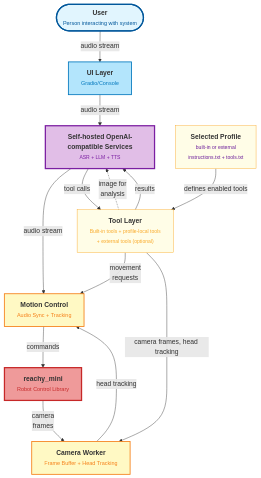
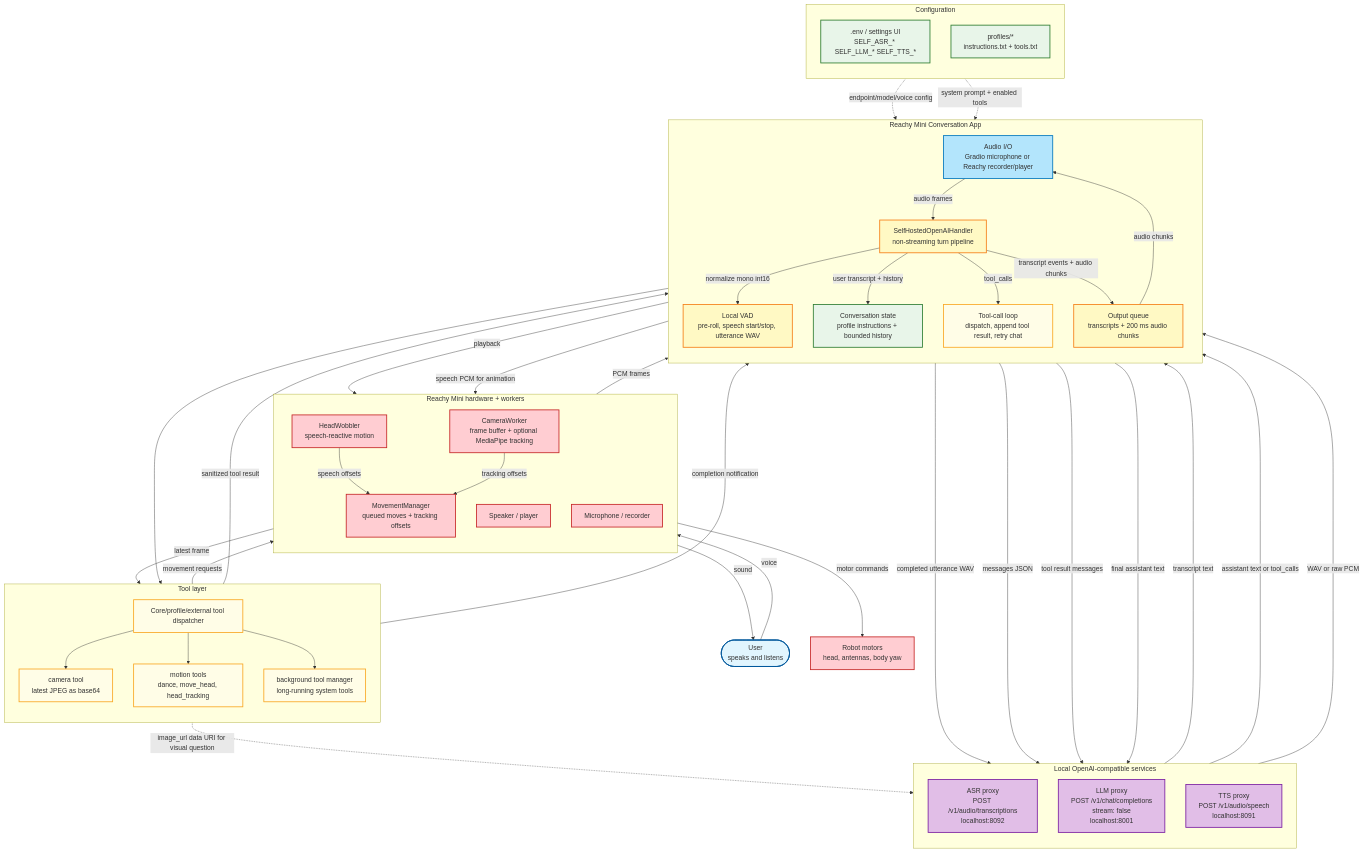
The diagram in docs/scheme.mmd (Xiuzhenpeng/reachy_mini_conversation_app), drawn with Mermaid before and after one commit. The commit also changed 15 other files, not shown here.

```diff
--- a/docs/scheme.mmd
+++ b/docs/scheme.mmd
@@ -1,57 +1,96 @@
 ---
 config:
   layout: dagre
   flowchart:
     htmlLabels: true
 ---
 flowchart TB
-    User(["<span style='font-size:16px;font-weight:bold;'>User</span><br><span style='font-size:13px;color:#01579b;'>Person interacting with system</span>"]) 
-      -- audio stream --> 
-    UI@{ label: "<span style='font-size:16px;font-weight:bold;'>UI Layer</span><br><span style='font-size:13px;color:#0277bd;'>Gradio/Console</span>" }
+    User(["User<br/>speaks and listens"]):::userStyle
 
-    UI -- audio stream --> 
-    Backend@{ label: "<span style='font-size:16px;font-weight:bold;'>Self-hosted OpenAI-compatible Services</span><br><span style='font-size:12px; color:#7b1fa2;'>ASR + LLM + TTS</span>" }
+    subgraph Runtime["Reachy Mini Conversation App"]
+        direction TB
 
-    Backend -- audio stream --> 
-    Motion@{ label: "<span style='font-size:16px;font-weight:bold;'>Motion Control</span><br><span style='font-size:13px;color:#f57f17;'>Audio Sync + Tracking</span>" }
-    
-    Backend -- tool calls --> 
-    Handlers@{ label: "<span style='font-size:16px;font-weight:bold;'>Tool Layer</span><br><span style='font-size:12px;color:#f9a825;'>Built-in tools + profile-local tools<br/>+ external tools (optional)</span>" }
+        UI["Audio I/O<br/>Gradio microphone or Reachy recorder/player"]:::uiStyle
+        Handler["SelfHostedOpenAIHandler<br/>non-streaming turn pipeline"]:::coreStyle
+        VAD["Local VAD<br/>pre-roll, speech start/stop, utterance WAV"]:::coreStyle
+        History["Conversation state<br/>profile instructions + bounded history"]:::dataStyle
+        ToolLoop["Tool-call loop<br/>dispatch, append tool result, retry chat"]:::toolStyle
+        OutputQueue["Output queue<br/>transcripts + 200 ms audio chunks"]:::coreStyle
+    end
 
-    Profiles@{ label: "<span style='font-size:16px;font-weight:bold;'>Selected Profile</span><br><span style='font-size:12px;color:#6a1b9a;'>built-in or external<br/>instructions.txt + tools.txt</span>" }
+    subgraph LocalServices["Local OpenAI-compatible services"]
+        direction TB
+        ASR["ASR proxy<br/>POST /v1/audio/transcriptions<br/>localhost:8092"]:::serviceStyle
+        LLM["LLM proxy<br/>POST /v1/chat/completions<br/>stream: false<br/>localhost:8001"]:::serviceStyle
+        TTS["TTS proxy<br/>POST /v1/audio/speech<br/>localhost:8091"]:::serviceStyle
+    end
 
-    Profiles -- defines enabled tools --> Handlers
+    subgraph Tools["Tool layer"]
+        direction TB
+        Dispatcher["Core/profile/external tool dispatcher"]:::toolStyle
+        CameraTool["camera tool<br/>latest JPEG as base64"]:::toolStyle
+        MotionTools["motion tools<br/>dance, move_head, head_tracking"]:::toolStyle
+        BgTools["background tool manager<br/>long-running system tools"]:::toolStyle
+    end
 
-    Handlers -- movement 
-    requests --> Motion
+    subgraph Robot["Reachy Mini hardware + workers"]
+        direction TB
+        CameraWorker["CameraWorker<br/>frame buffer + optional MediaPipe tracking"]:::hardwareStyle
+        Movement["MovementManager<br/>queued moves + tracking offsets"]:::hardwareStyle
+        Wobbler["HeadWobbler<br/>speech-reactive motion"]:::hardwareStyle
+        Speaker["Speaker / player"]:::hardwareStyle
+        Microphone["Microphone / recorder"]:::hardwareStyle
+    end
 
-    Handlers -- camera frames, head tracking --> 
-    Camera@{ label: "<span style='font-size:16px;font-weight:bold;'>Camera Worker</span><br><span style='font-size:13px;color:#f57f17;'>Frame Buffer + Head Tracking</span>" }
-    
-    Handlers -. image for 
-    analysis .-> Backend
+    subgraph Config["Configuration"]
+        direction TB
+        Env[".env / settings UI<br/>SELF_ASR_* SELF_LLM_* SELF_TTS_*"]:::dataStyle
+        Profiles["profiles/*<br/>instructions.txt + tools.txt"]:::dataStyle
+    end
 
-    Camera -- head tracking --> Motion
+    User -- voice --> Microphone
+    Microphone -- PCM frames --> UI
+    UI -- audio frames --> Handler
+    Handler -- normalize mono int16 --> VAD
+    VAD -- completed utterance WAV --> ASR
+    ASR -- transcript text --> Handler
 
-    Robot@{ label: "<span style='font-size:16px;font-weight:bold;'>reachy_mini</span><br><span style='font-size:13px;color:#c62828;'>Robot Control Library</span>" } 
-    -- camera 
-    frames --> Camera
+    Env -. endpoint/model/voice config .-> Handler
+    Profiles -. system prompt + enabled tools .-> History
+    Handler -- user transcript + history --> History
+    History -- messages JSON --> LLM
+    LLM -- assistant text or tool_calls --> Handler
 
-    Motion -- commands --> Robot
+    Handler -- tool_calls --> ToolLoop
+    ToolLoop --> Dispatcher
+    Dispatcher --> CameraTool
+    Dispatcher --> MotionTools
+    Dispatcher --> BgTools
 
-    Handlers -- results --> Backend
+    CameraWorker -- latest frame --> CameraTool
+    CameraTool -- sanitized tool result --> ToolLoop
+    CameraTool -. image_url data URI for visual question .-> LLM
 
-     User:::userStyle
-     UI:::uiStyle
-     Backend:::aiStyle
-     Motion:::coreStyle
-     Profiles:::toolStyle
-     Handlers:::toolStyle
-     Camera:::coreStyle
-     Robot:::hardwareStyle
-    classDef userStyle fill:#e1f5fe,stroke:#01579b,stroke-width:3px
+    MotionTools -- movement requests --> Movement
+    BgTools -- completion notification --> ToolLoop
+    ToolLoop -- tool result messages --> LLM
+
+    Handler -- final assistant text --> TTS
+    TTS -- WAV or raw PCM --> Handler
+    Handler -- transcript events + audio chunks --> OutputQueue
+    OutputQueue -- audio chunks --> UI
+    UI -- playback --> Speaker
+    Speaker -- sound --> User
+
+    Handler -- speech PCM for animation --> Wobbler
+    Wobbler -- speech offsets --> Movement
+    CameraWorker -- tracking offsets --> Movement
+    Movement -- motor commands --> RobotBody["Robot motors<br/>head, antennas, body yaw"]:::hardwareStyle
+
+    classDef userStyle fill:#e1f5fe,stroke:#01579b,stroke-width:2px
     classDef uiStyle fill:#b3e5fc,stroke:#0277bd,stroke-width:2px
-    classDef aiStyle fill:#e1bee7,stroke:#7b1fa2,stroke-width:3px
     classDef coreStyle fill:#fff9c4,stroke:#f57f17,stroke-width:2px
-    classDef hardwareStyle fill:#ef9a9a,stroke:#c62828,stroke-width:3px
-    classDef toolStyle fill:#fffde7,stroke:#f9a825,stroke-width:1px
+    classDef serviceStyle fill:#e1bee7,stroke:#7b1fa2,stroke-width:2px
+    classDef toolStyle fill:#fffde7,stroke:#f9a825,stroke-width:2px
+    classDef hardwareStyle fill:#ffcdd2,stroke:#c62828,stroke-width:2px
+    classDef dataStyle fill:#e8f5e9,stroke:#2e7d32,stroke-width:2px
```
